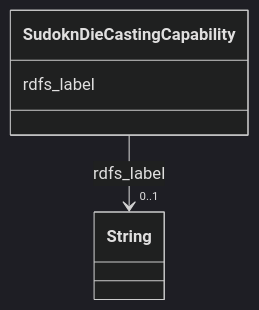
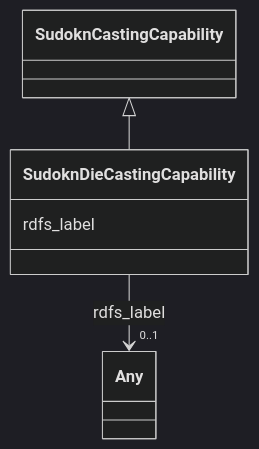
The diagram in sudokn-kg/classes/SudoknDieCastingCapability.md (frink-okn/graph-descriptions), drawn with Mermaid (dark theme) before and after one commit. The commit also changed other lines of this file and 903 other files, not shown here.

````diff
--- a/sudokn-kg/classes/SudoknDieCastingCapability.md
+++ b/sudokn-kg/classes/SudoknDieCastingCapability.md
@@ -23,15 +18,18 @@
 ```mermaid
  classDiagram
     class SudoknDieCastingCapability
     click SudoknDieCastingCapability href "../SudoknDieCastingCapability"
+      SudoknCastingCapability <|-- SudoknDieCastingCapability
+        click SudoknCastingCapability href "../SudoknCastingCapability"
+      
       SudoknDieCastingCapability : rdfs_label
         
           
     
     
-    SudoknDieCastingCapability --> "0..1" String : rdfs_label
-    click String href "../String"
+    SudoknDieCastingCapability --> "0..1" Any : rdfs_label
+    click Any href "../Any"
 
         
       
 ```
````
